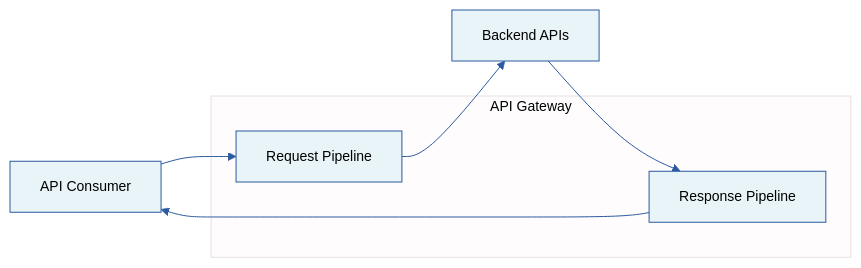
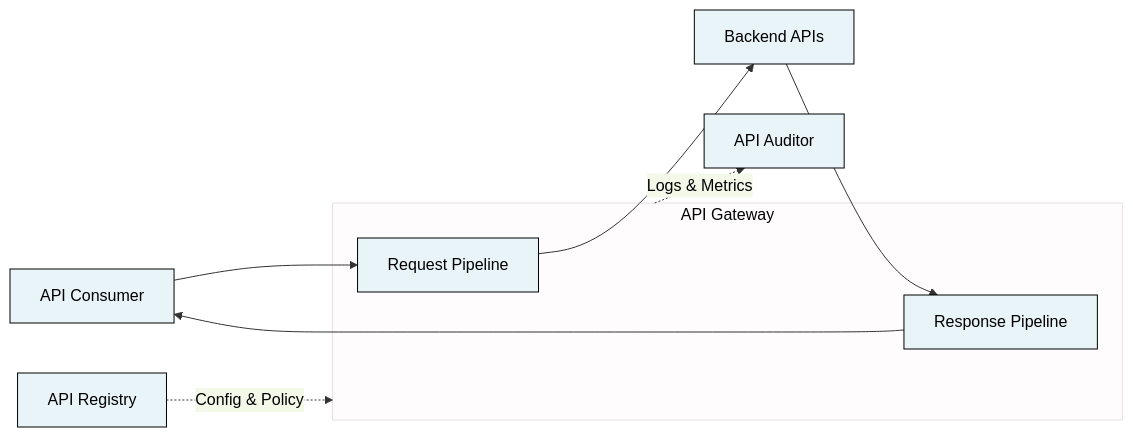
Before and after one commit to barbecuesteve/api-governance: the first of 4 diagrams in build-from-scratch/01-api-gateway.md, drawn with Mermaid. The commit also changed 1 other file, not shown here.

Commit message:
shrink headings

```diff
--- a/build-from-scratch/01-api-gateway.md
+++ b/build-from-scratch/01-api-gateway.md
@@ -15,17 +15,22 @@
 <pre class="mermaid">
-%%{init: {'theme':'base', 'themeVariables': { 'primaryColor':'#e8f4f8','primaryTextColor':'#000','primaryBorderColor':'#2c5aa0','lineColor':'#2c5aa0','edgeLabelBackground':'#fff','fontSize':'14px'}}}%%
+%%{init: {'theme':'base', 'themeVariables': { 'primaryColor':'#e8f4f8','primaryTextColor':'#000','primaryBorderColor':'#000','lineColor':'#333'}}}%%
 flowchart LR
     Client[API Consumer]
     
     subgraph Gateway["API Gateway"]
         RequestPipeline[Request Pipeline]
         ResponsePipeline[Response Pipeline]
     end
     
     Backend[Backend APIs]
+    Registry[API Registry]
+    Auditor[API Auditor]
     
     Client --> RequestPipeline
     RequestPipeline --> Backend
     Backend --> ResponsePipeline
     ResponsePipeline --> Client
+
+    Registry -.->|Config & Policy| Gateway
+    Gateway -.->|Logs & Metrics| Auditor
 </pre>
```
